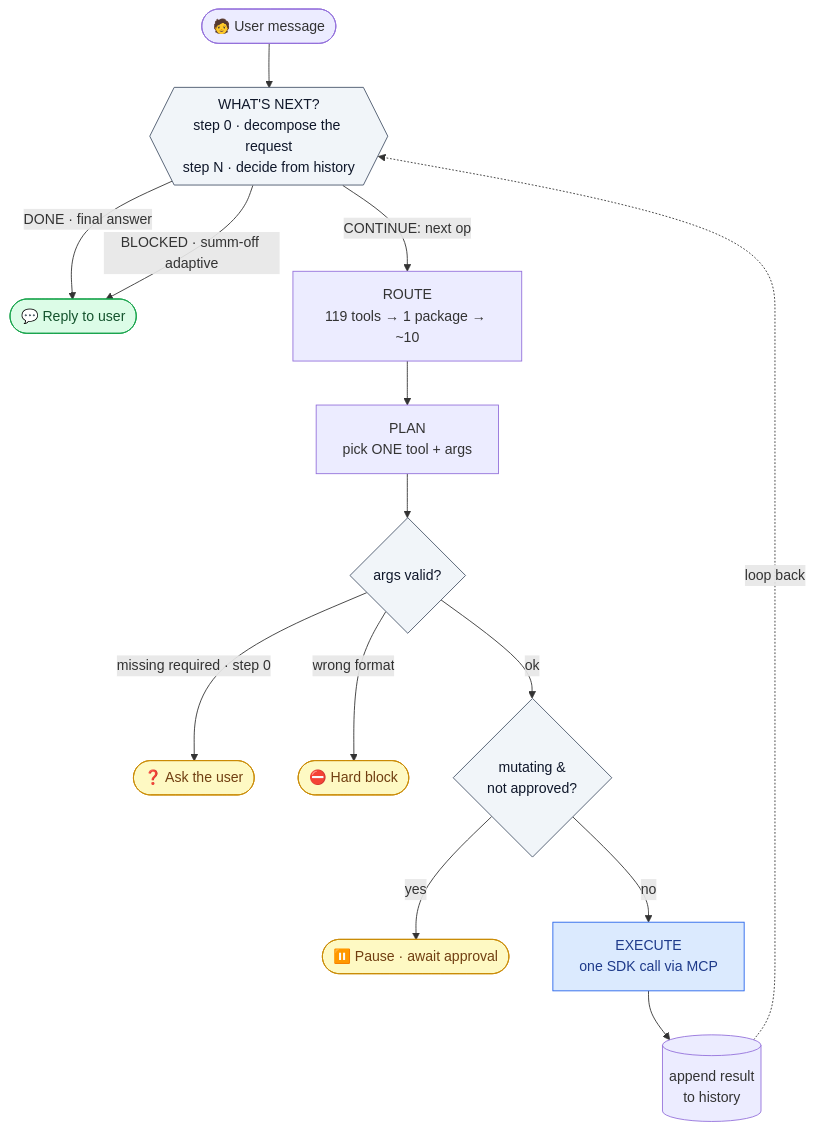
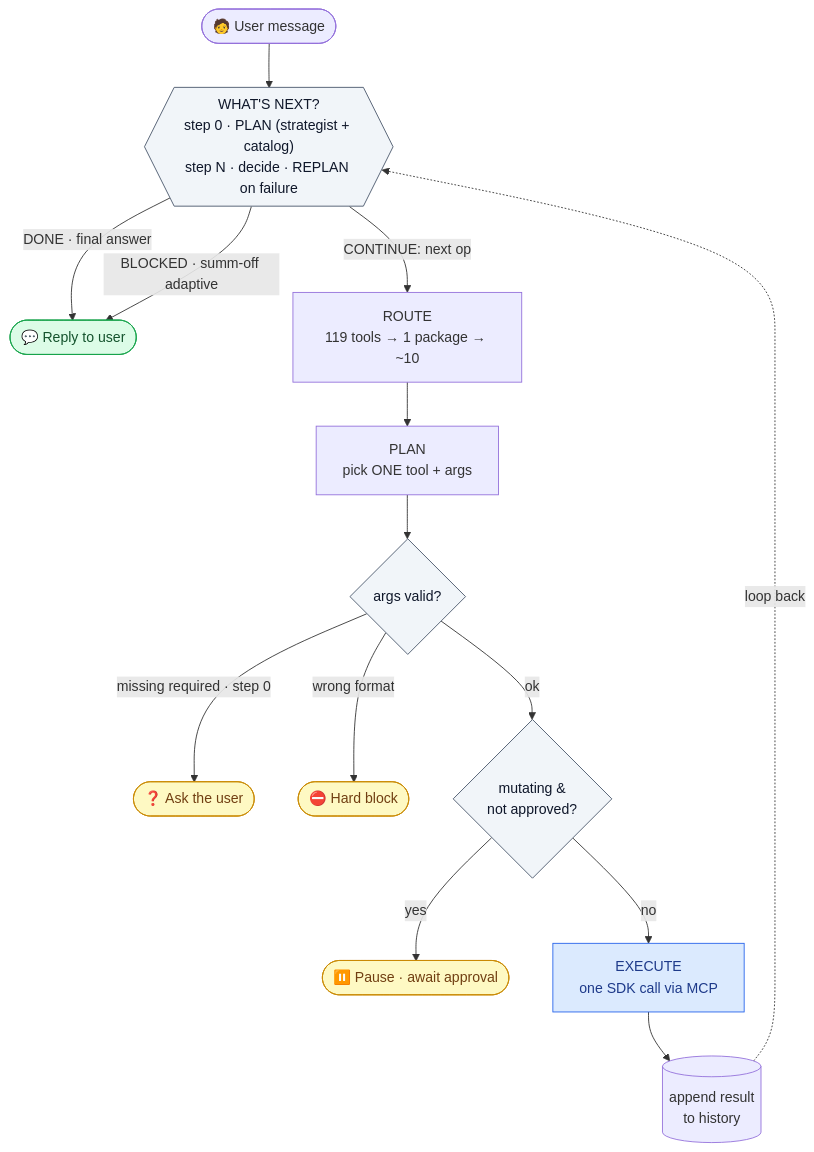
One commit to hnegi01/fes-assistant changed the diagram in AGENT_ARCHITECTURE.md. Above: the diagram before and after it, drawn with Mermaid. The commit also changed other lines of this file and 9 other files, not shown here.

````diff
--- a/AGENT_ARCHITECTURE.md
+++ b/AGENT_ARCHITECTURE.md
@@ -62,33 +67,33 @@
 ```mermaid
 flowchart TD
     U(["🧑 User message"]) --> WN
 
-    WN{{"WHAT'S NEXT?<br/>step 0 · decompose the request<br/>step N · decide from history"}}
+    WN{{"WHAT'S NEXT?<br/>step 0 · PLAN (strategist + catalog)<br/>step N · decide · REPLAN on failure"}}
     WN -->|"DONE · final answer"| ANS(["💬 Reply to user"])
     WN -->|"BLOCKED · summ-off adaptive"| ANS
     WN -->|"CONTINUE: next op"| RT
 
     RT["ROUTE<br/>119 tools → 1 package → ~10"] --> PL
     PL["PLAN<br/>pick ONE tool + args"] --> VAL
 
     VAL{"args valid?"}
     VAL -->|"missing required · step 0"| ASK(["❓ Ask the user"])
     VAL -->|"wrong format"| BLK(["⛔ Hard block"])
     VAL -->|"ok"| GT
 
     GT{"mutating &<br/>not approved?"}
     GT -->|"yes"| APR(["⏸️ Pause · await approval"])
     GT -->|"no"| EX
 
     EX["EXECUTE<br/>one SDK call via MCP"] --> HI[("append result<br/>to history")]
     HI -. loop back .-> WN
 
     classDef term fill:#dcfce7,stroke:#16a34a,color:#14532d;
     classDef pause fill:#fef9c3,stroke:#ca8a04,color:#713f12;
     classDef exec fill:#dbeafe,stroke:#2563eb,color:#1e3a8a;
     classDef dec fill:#f1f5f9,stroke:#475569,color:#0f172a;
     class ANS term
     class ASK,BLK,APR pause
     class EX exec
     class WN,VAL,GT dec
 ```
````
